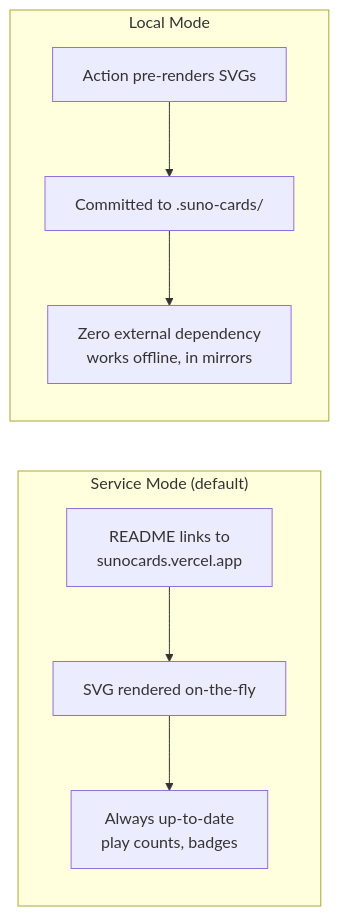
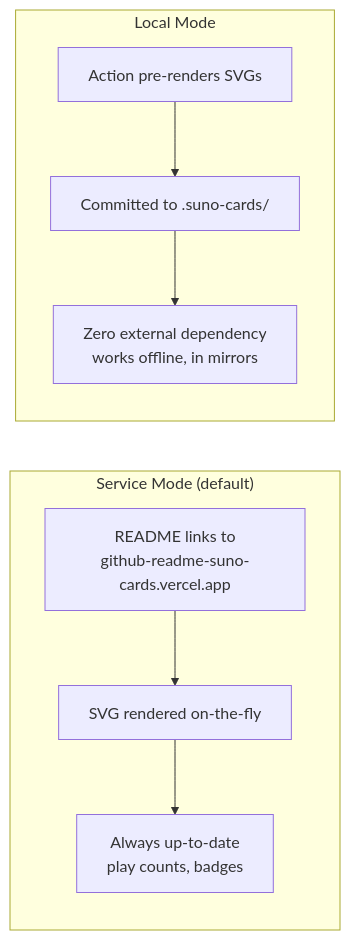
The third of 4 diagrams in README.md (ChanMeng666/github-readme-suno-cards), drawn with Mermaid before and after one commit. The commit also changed other lines of this file and 5 other files, not shown here.

First line of the commit message:
fix: update base URL from sunocards.vercel.app to github-readme-suno-cards.vercel.app

````diff
--- a/README.md
+++ b/README.md
@@ -697,12 +697,12 @@
 ```mermaid
 flowchart LR
     subgraph service["Service Mode (default)"]
-        S1["README links to<br/>sunocards.vercel.app"] --> S2["SVG rendered on-the-fly"]
+        S1["README links to<br/>github-readme-suno-cards.vercel.app"] --> S2["SVG rendered on-the-fly"]
         S2 --> S3["Always up-to-date<br/>play counts, badges"]
     end
 
     subgraph local["Local Mode"]
         L1["Action pre-renders SVGs"] --> L2["Committed to .suno-cards/"]
         L2 --> L3["Zero external dependency<br/>works offline, in mirrors"]
     end
 ```
````
